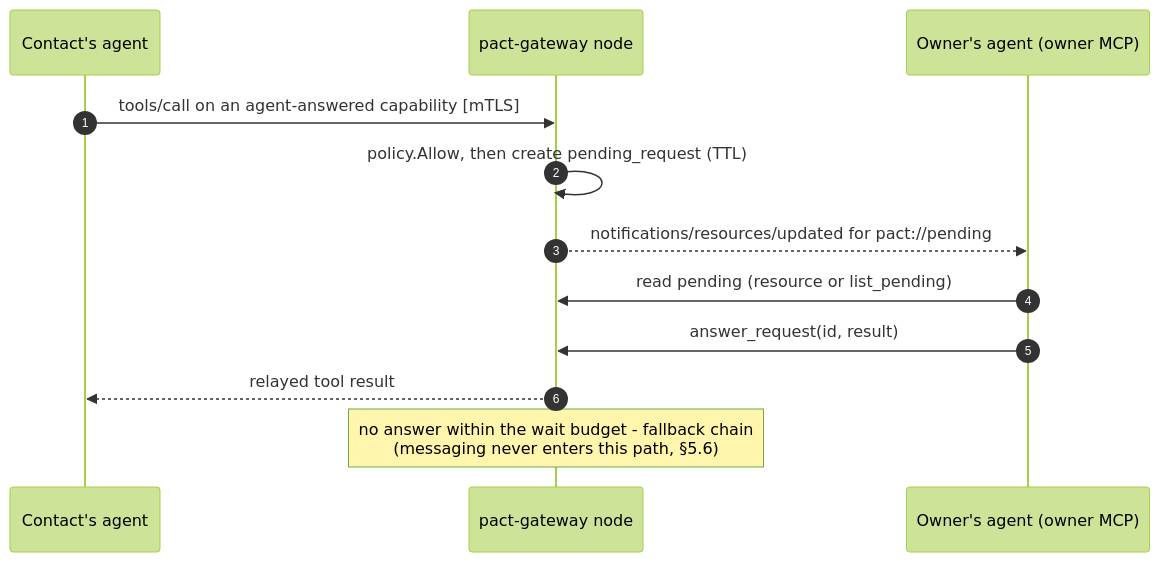
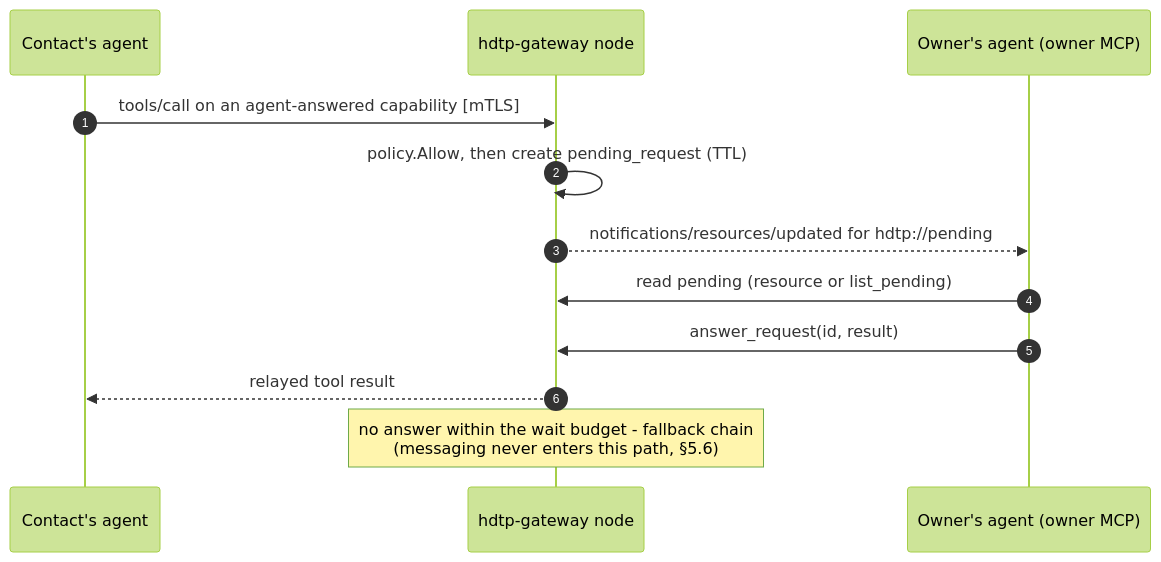
One commit to humandelegatedtrustprotocol/hdtp-gateway changed the fourth of 8 diagrams in SPEC.md. Above: the diagram before and after it, drawn with Mermaid (forest theme). The commit also changed other lines of this file and 617 other files, not shown here.

````diff
--- a/SPEC.md
+++ b/SPEC.md
@@ -663,15 +663,15 @@
 ```mermaid
 sequenceDiagram
     autonumber
     participant C as Contact's agent
-    participant N as pact-gateway node
+    participant N as hdtp-gateway node
     participant OA as Owner's agent (owner MCP)
 
     C->>N: tools/call on an agent-answered capability [mTLS]
     N->>N: policy.Allow, then create pending_request (TTL)
-    N-->>OA: notifications/resources/updated for pact://pending
+    N-->>OA: notifications/resources/updated for hdtp://pending
     OA->>N: read pending (resource or list_pending)
     OA->>N: answer_request(id, result)
     N-->>C: relayed tool result
     Note over N: no answer within the wait budget - fallback chain<br/>(messaging never enters this path, §5.6)
 ```
````
